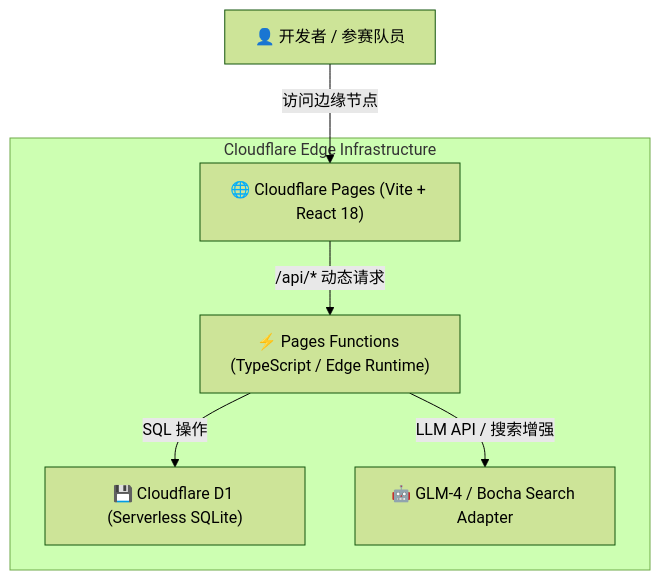
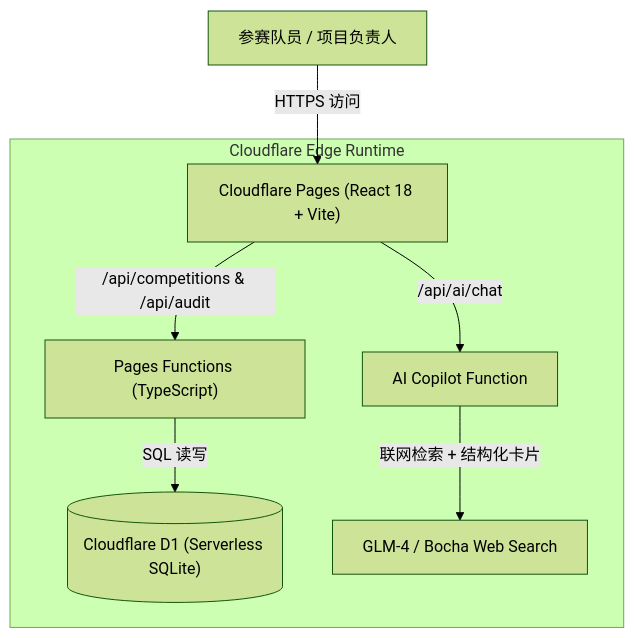
The diagram in README.md (Evan-Joseph/competition-mission-control), drawn with Mermaid (forest theme) before and after one commit. The commit also changed other lines of this file and 6 other files, not shown here.

````diff
--- a/README.md
+++ b/README.md
@@ -52,10 +55,11 @@
 ```mermaid
 graph TD
-    User["👤 开发者 / 参赛队员"] -->|访问边缘节点| Pages["🌐 Cloudflare Pages (Vite + React 18)"]
+    User["参赛队员 / 项目负责人"] -->|HTTPS 访问| Pages["Cloudflare Pages (React 18 + Vite)"]
     
-    subgraph Cloudflare Edge Infrastructure
-      Pages -->|/api/* 动态请求| Functions["⚡ Pages Functions (TypeScript / Edge Runtime)"]
-      Functions -->|SQL 操作| D1["💾 Cloudflare D1 (Serverless SQLite)"]
-      Functions -->|LLM API / 搜索增强| AI["🤖 GLM-4 / Bocha Search Adapter"]
+    subgraph Cloudflare Edge Runtime
+      Pages -->|/api/competitions & /api/audit| Functions["Pages Functions (TypeScript)"]
+      Pages -->|/api/ai/chat| AIFunc["AI Copilot Function"]
+      Functions -->|SQL 读写| D1[("Cloudflare D1 (Serverless SQLite)")]
+      AIFunc -->|联网检索 + 结构化卡片| LLM["GLM-4 / Bocha Web Search"]
     end
 ```
````
